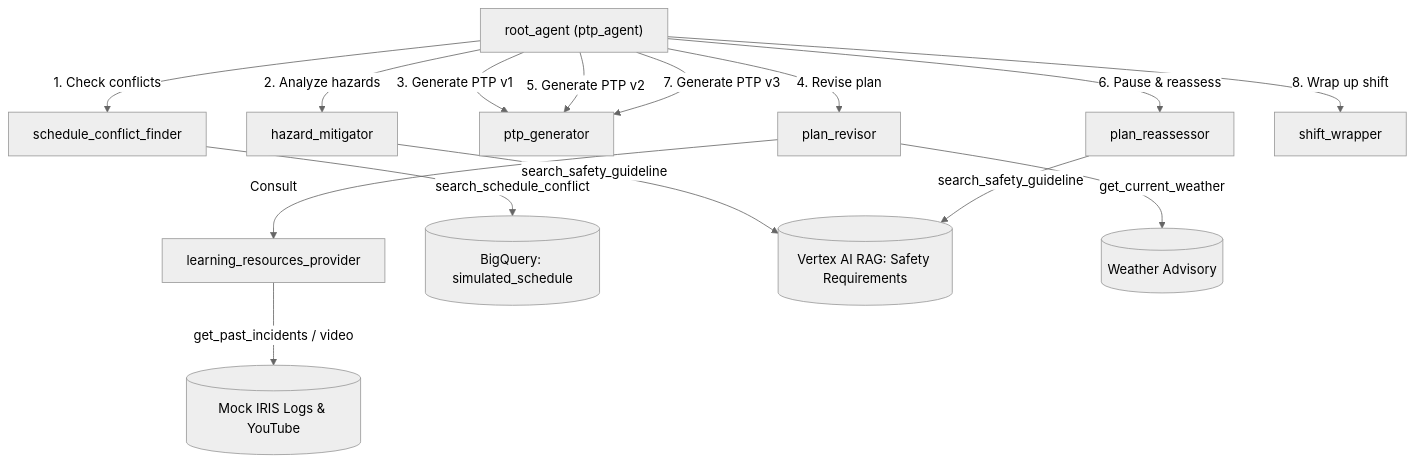
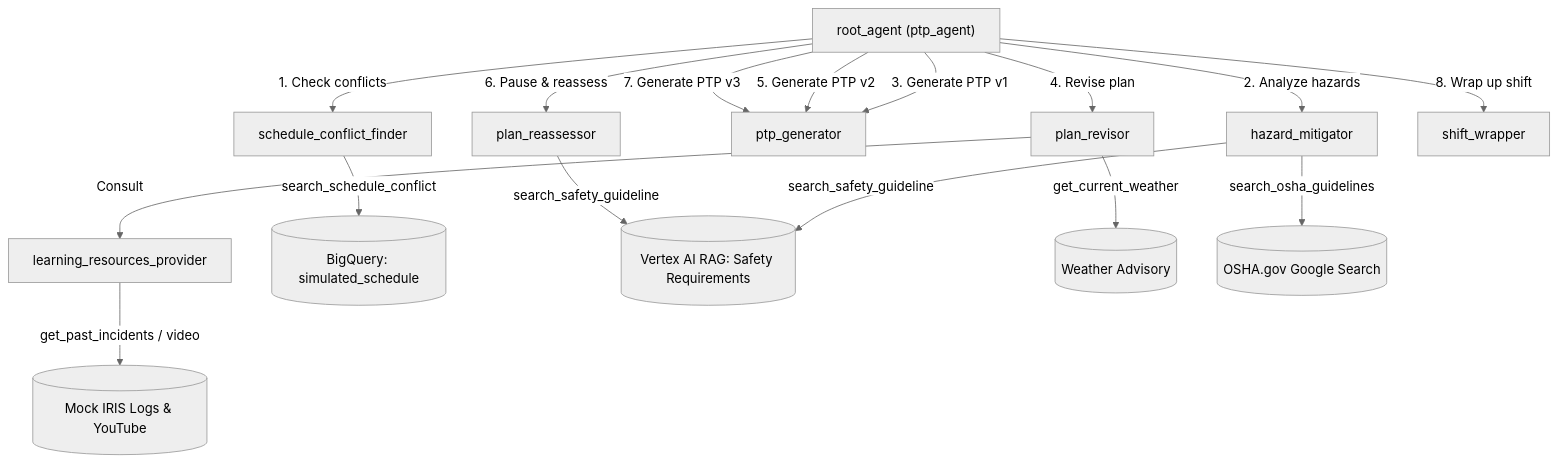
The diagram in README.md (hning86/ptp_demo), drawn with Mermaid (neutral theme) before and after one commit. The commit also changed other lines of this file, not shown here.

Commit message:
Document hazard mitigator OSHA search tools in README

````diff
--- a/README.md
+++ b/README.md
@@ -20,38 +20,40 @@
     ```mermaid
     flowchart TD
         R["root_agent (ptp_agent)"]
         S["schedule_conflict_finder"]
         H["hazard_mitigator"]
         P["ptp_generator"]
         PR["plan_revisor"]
         LRP["learning_resources_provider"]
         PA["plan_reassessor"]
         W["shift_wrapper"]
 
         BQ[("BigQuery: simulated_schedule")]
         RAG[("Vertex AI RAG: Safety Requirements")]
         IRIS[("Mock IRIS Logs & YouTube")]
         WX[("Weather Advisory")]
+        OSHA[("OSHA.gov Google Search")]
 
         R -->|"1. Check conflicts"| S
         S -->|"search_schedule_conflict"| BQ
         
         R -->|"2. Analyze hazards"| H
         H -->|"search_safety_guideline"| RAG
+        H -->|"search_osha_guidelines"| OSHA
         
         R -->|"3. Generate PTP v1"| P
         
         R -->|"4. Revise plan"| PR
         PR -->|"get_current_weather"| WX
         PR -->|"Consult"| LRP
         LRP -->|"get_past_incidents / video"| IRIS
         
         R -->|"5. Generate PTP v2"| P
         
         R -->|"6. Pause & reassess"| PA
         PA -->|"search_safety_guideline"| RAG
         
         R -->|"7. Generate PTP v3"| P
         
         R -->|"8. Wrap up shift"| W
     ```
````
